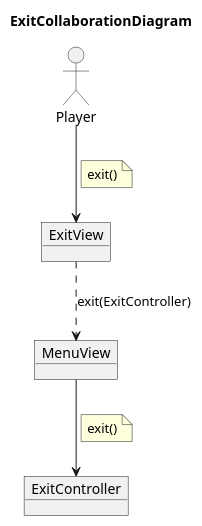
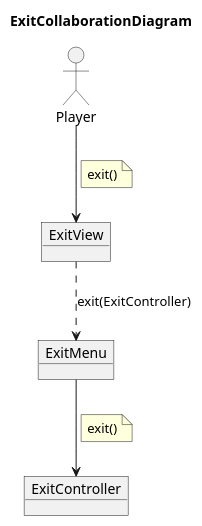
The diagram in docs/src/analysis/use-cases/exit-colab.plantuml (Master-Desarrollo-20-21/patrones-diseno---practica-final---juego-de-las-damas-fraylopez), drawn with PlantUML before and after one commit. The commit also changed 5 other files, not shown here.

```diff
--- a/docs/src/analysis/use-cases/exit-colab.plantuml
+++ b/docs/src/analysis/use-cases/exit-colab.plantuml
@@ -1,20 +1,20 @@
 @startuml ExitCollaborationDiagram
 title ExitCollaborationDiagram
 ' left to right direction
 
 allow_mixing
 actor Player
 
 object ExitView
-object MenuView
+object ExitMenu
 object ExitController
 Player --> ExitView
 note on link
     exit()
 end note
-ExitView ..> MenuView : exit(ExitController)
-MenuView --> ExitController
+ExitView ..> ExitMenu : exit(ExitController)
+ExitMenu --> ExitController
 note on link
     exit()
 end note
 @enduml
```
